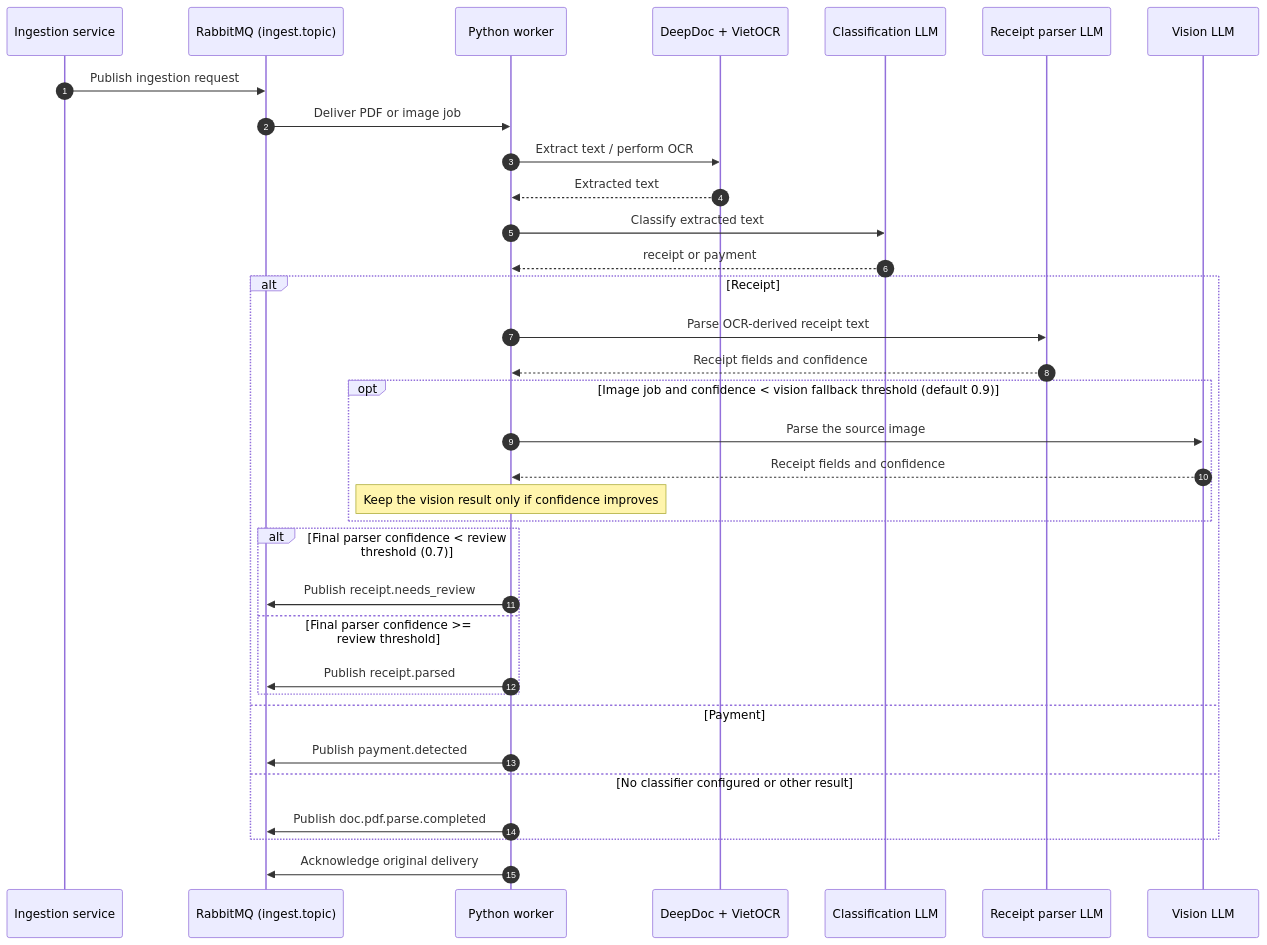
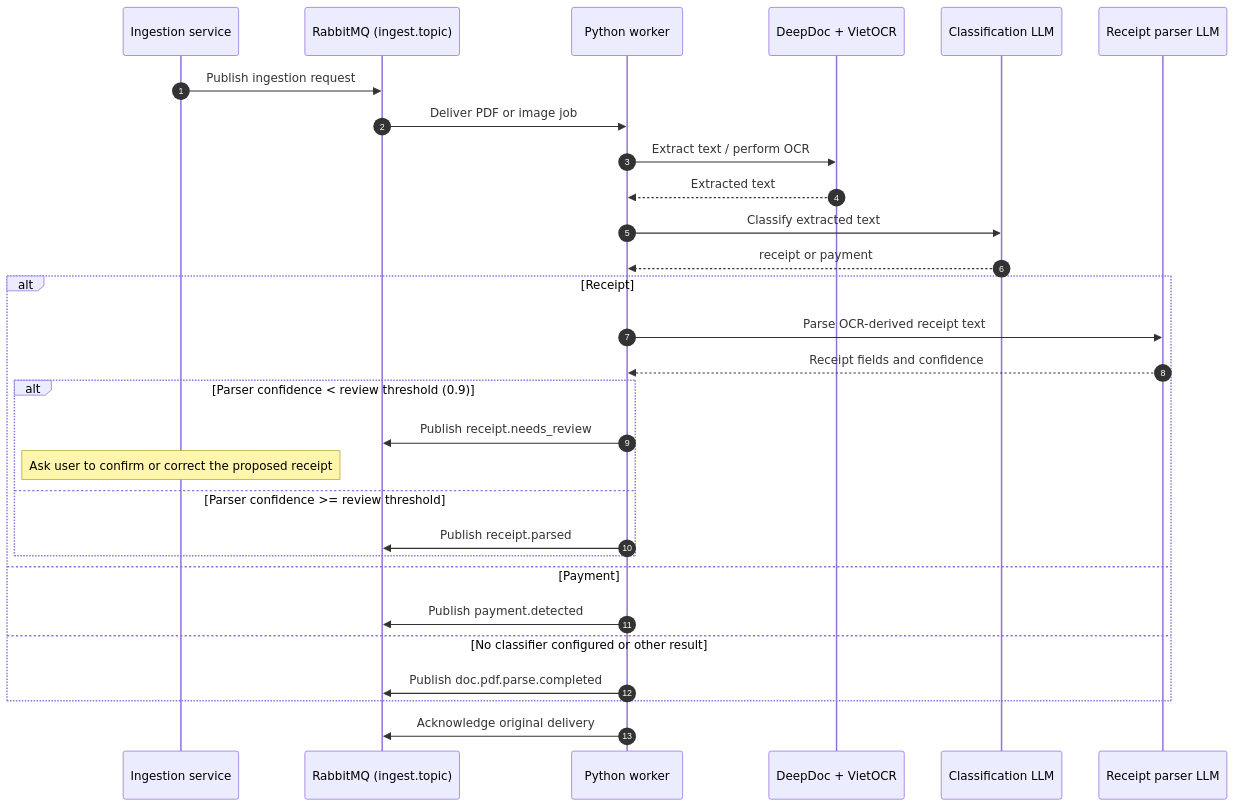
Before and after one commit to dunglucbac/rag-chatbot: the diagram in python-worker/README.md, drawn with Mermaid. The commit also changed other lines of this file and 10 other files, not shown here.

Commit message:
feat(receipt): implement user confirmation for uncertain receipt data and remove vision fallback (#27)

````diff
--- a/python-worker/README.md
+++ b/python-worker/README.md
@@ -133,39 +136,34 @@
 ```mermaid
 sequenceDiagram
     autonumber
     participant Producer as Ingestion service
     participant RabbitMQ as RabbitMQ (ingest.topic)
     participant Worker as Python worker
     participant DeepDoc as DeepDoc + VietOCR
     participant Classifier as Classification LLM
     participant Parser as Receipt parser LLM
-    participant Vision as Vision LLM
 
     Producer->>RabbitMQ: Publish ingestion request
     RabbitMQ->>Worker: Deliver PDF or image job
     Worker->>DeepDoc: Extract text / perform OCR
     DeepDoc-->>Worker: Extracted text
     Worker->>Classifier: Classify extracted text
     Classifier-->>Worker: receipt or payment
 
     alt Receipt
         Worker->>Parser: Parse OCR-derived receipt text
         Parser-->>Worker: Receipt fields and confidence
-        opt Image job and confidence < vision fallback threshold (default 0.9)
-            Worker->>Vision: Parse the source image
-            Vision-->>Worker: Receipt fields and confidence
-            Note over Worker: Keep the vision result only if confidence improves
-        end
-        alt Final parser confidence < review threshold (0.7)
+        alt Parser confidence < review threshold (0.9)
             Worker->>RabbitMQ: Publish receipt.needs_review
-        else Final parser confidence >= review threshold
+            Note over Producer: Ask user to confirm or correct the proposed receipt
+        else Parser confidence >= review threshold
             Worker->>RabbitMQ: Publish receipt.parsed
         end
     else Payment
         Worker->>RabbitMQ: Publish payment.detected
     else No classifier configured or other result
         Worker->>RabbitMQ: Publish doc.pdf.parse.completed
     end
 
     Worker->>RabbitMQ: Acknowledge original delivery
 ```
````
